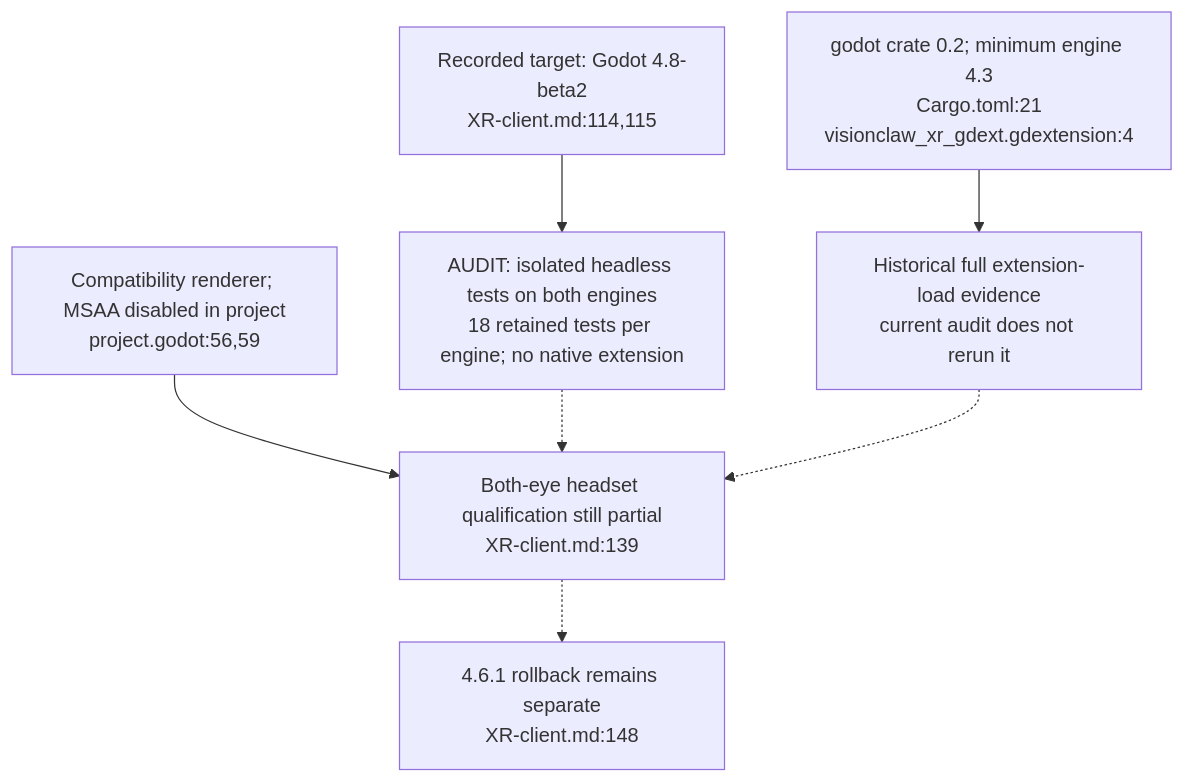
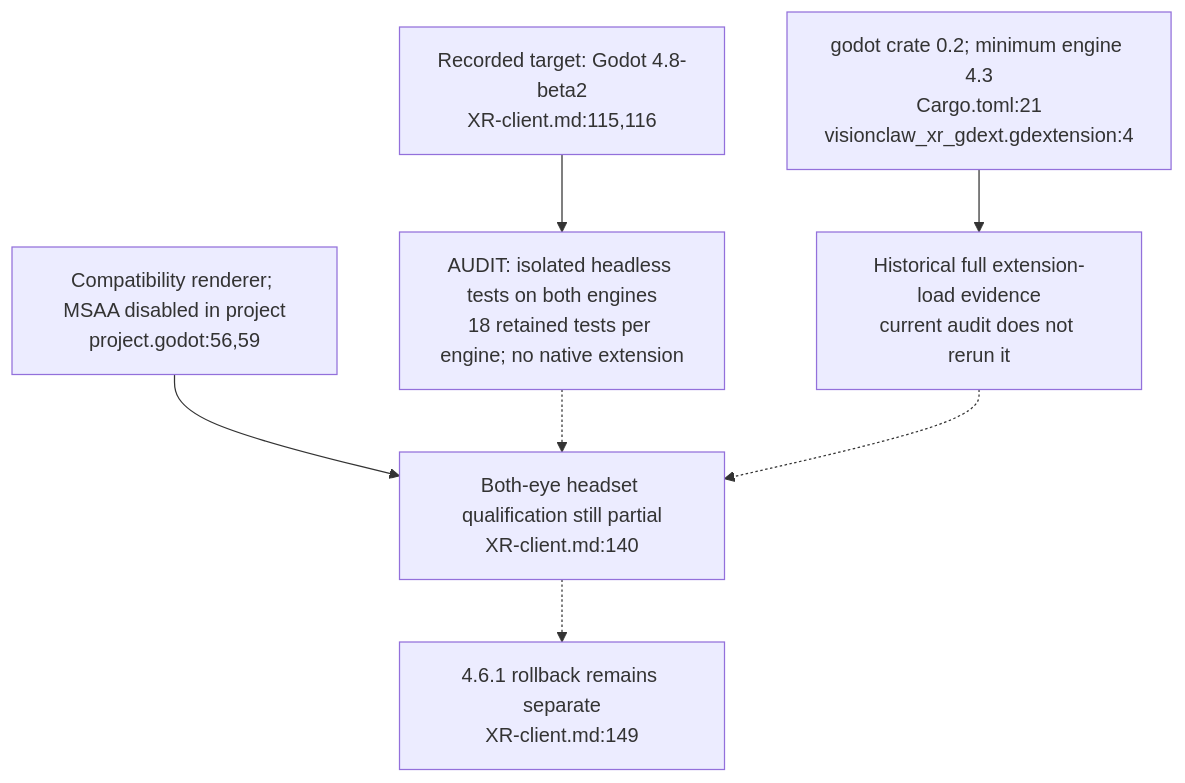
One commit to DreamLab-AI/VisionFlow changed the fourth of 8 diagrams in docs/diagrams/visionclaw/51-xr-visual-budget-and-engine-gates.md. Above: the diagram before and after it, drawn with Mermaid. The commit also changed other lines of this file and 46 other files, not shown here.

Commit message:
docs(diagrams): re-verify VisionClaw topics at 809a859aa/a950f4d80 after the consolidation pass

````diff
--- a/docs/diagrams/visionclaw/51-xr-visual-budget-and-engine-gates.md
+++ b/docs/diagrams/visionclaw/51-xr-visual-budget-and-engine-gates.md
@@ -95,10 +95,10 @@
 ```mermaid
 flowchart TD
-    TARGET["Recorded target: Godot 4.8-beta2<br/>XR-client.md:114,115"] --> CONTROLLER["AUDIT: isolated headless tests on both engines<br/>18 retained tests per engine; no native extension"]
-    ROLLBACK["4.6.1 rollback remains separate<br/>XR-client.md:148"]
+    TARGET["Recorded target: Godot 4.8-beta2<br/>XR-client.md:115,116"] --> CONTROLLER["AUDIT: isolated headless tests on both engines<br/>18 retained tests per engine; no native extension"]
+    ROLLBACK["4.6.1 rollback remains separate<br/>XR-client.md:149"]
     API["godot crate 0.2; minimum engine 4.3<br/>Cargo.toml:21<br/>visionclaw_xr_gdext.gdextension:4"] --> LOAD["Historical full extension-load evidence<br/>current audit does not rerun it"]
-    RENDER["Compatibility renderer; MSAA disabled in project<br/>project.godot:56,59"] --> STEREO["Both-eye headset qualification still partial<br/>XR-client.md:139"]
+    RENDER["Compatibility renderer; MSAA disabled in project<br/>project.godot:56,59"] --> STEREO["Both-eye headset qualification still partial<br/>XR-client.md:140"]
     CONTROLLER -.-> STEREO
     LOAD -.-> STEREO
     STEREO -.-> ROLLBACK
 ```
````
